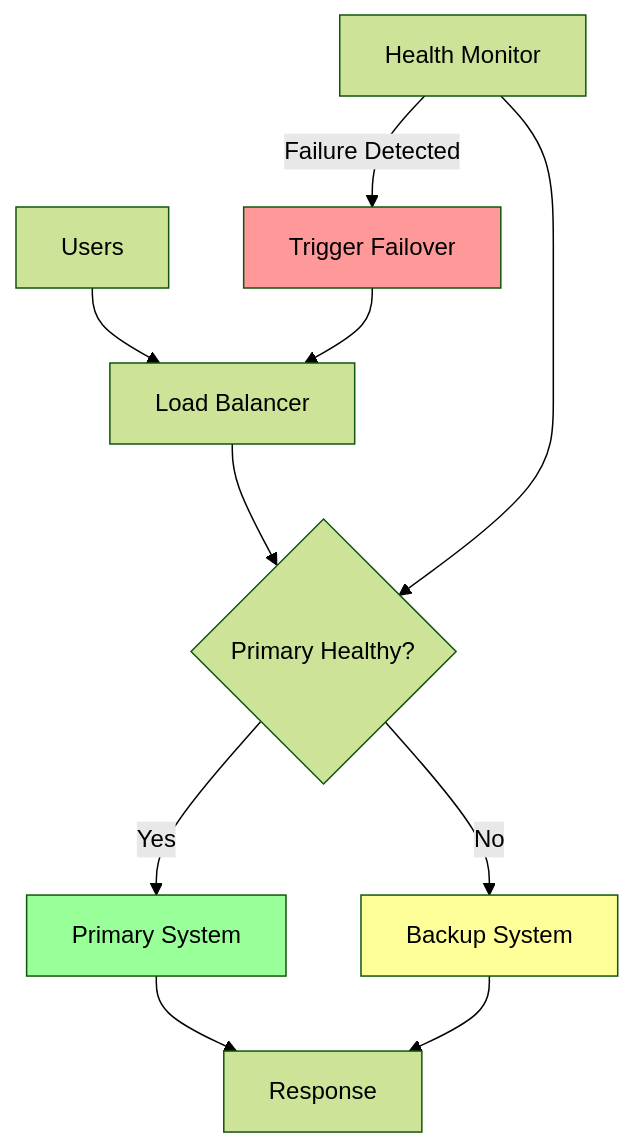
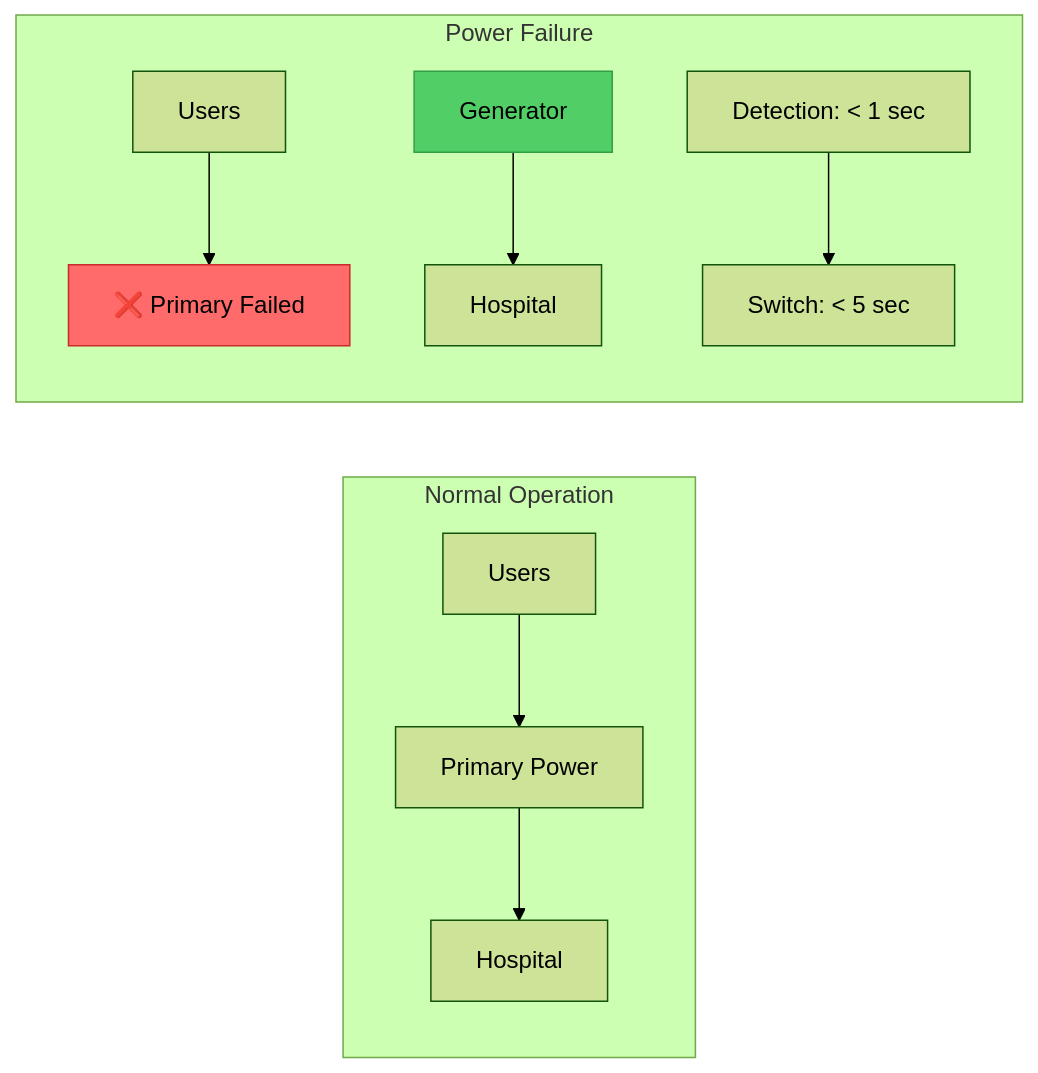
One commit to deepaucksharma/DStudio changed the first of 6 diagrams in docs/pattern-library/resilience/failover.md. Above: the diagram before and after it, drawn with Mermaid (forest theme). The commit also changed other lines of this file and 119 other files, not shown here.

````diff
--- a/docs/pattern-library/resilience/failover.md
+++ b/docs/pattern-library/resilience/failover.md
@@ -78,19 +69,16 @@
 ```mermaid
-flowchart TD
-    U[Users] --> LB[Load Balancer]
-    LB --> P{Primary Healthy?}
+graph LR
+    subgraph "Normal Operation"
+        U1[Users] --> P1[Primary Power]
+        P1 --> H1[Hospital]
+    end
     
-    P -->|Yes| PS[Primary System]
-    P -->|No| BS[Backup System]
+    subgraph "Power Failure"
+        U2[Users] --> X[❌ Primary Failed]
+        G[Generator] --> H2[Hospital]
+        D[Detection: < 1 sec] --> S[Switch: < 5 sec]
+    end
     
-    PS --> R[Response]
-    BS --> R
-    
-    HM[Health Monitor] --> P
-    HM -->|Failure Detected| FS[Trigger Failover]
-    FS --> LB
-    
-    style PS fill:#9f9
-    style BS fill:#ff9
-    style FS fill:#f99
+    style X fill:#ff6b6b,stroke:#c92a2a
+    style G fill:#51cf66,stroke:#2f9e44
 ```
````
